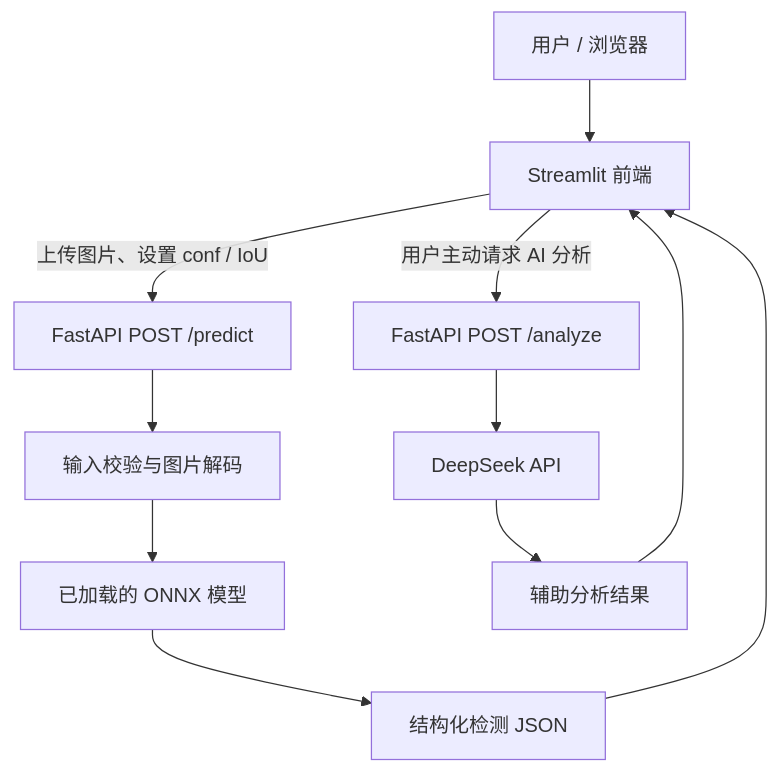
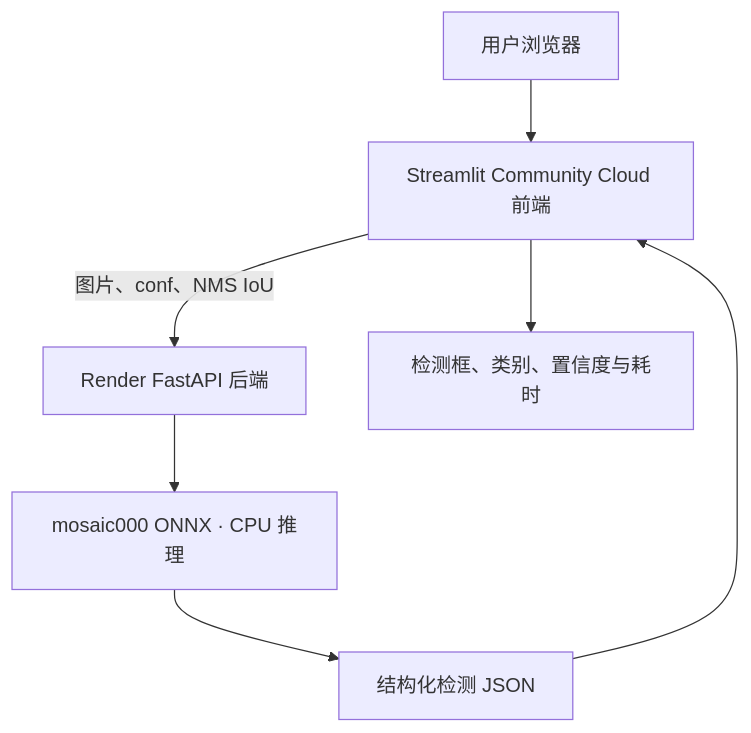
Before and after one commit to Wayne007X/Steel-Defect-Detection: the diagram in README.md, drawn with Mermaid. The commit also changed other lines of this file and 1 other file, not shown here.

Commit message:
Update README and document cloud deployment

````diff
--- a/README.md
+++ b/README.md
@@ -86,13 +92,9 @@
 ```mermaid
 flowchart TD
-    U[用户 / 浏览器] --> UI[Streamlit 前端]
-    UI -->|上传图片、设置 conf / IoU| P[FastAPI POST /predict]
-    P --> V[输入校验与图片解码]
-    V --> M[已加载的 ONNX 模型]
+    U[用户浏览器] --> UI[Streamlit Community Cloud 前端]
+    UI -->|图片、conf、NMS IoU| API[Render FastAPI 后端]
+    API --> M[mosaic000 ONNX · CPU 推理]
     M --> R[结构化检测 JSON]
     R --> UI
-    UI -->|用户主动请求 AI 分析| A[FastAPI POST /analyze]
-    A --> D[DeepSeek API]
-    D --> AR[辅助分析结果]
-    AR --> UI
+    UI --> V[检测框、类别、置信度与耗时]
 ```
````
